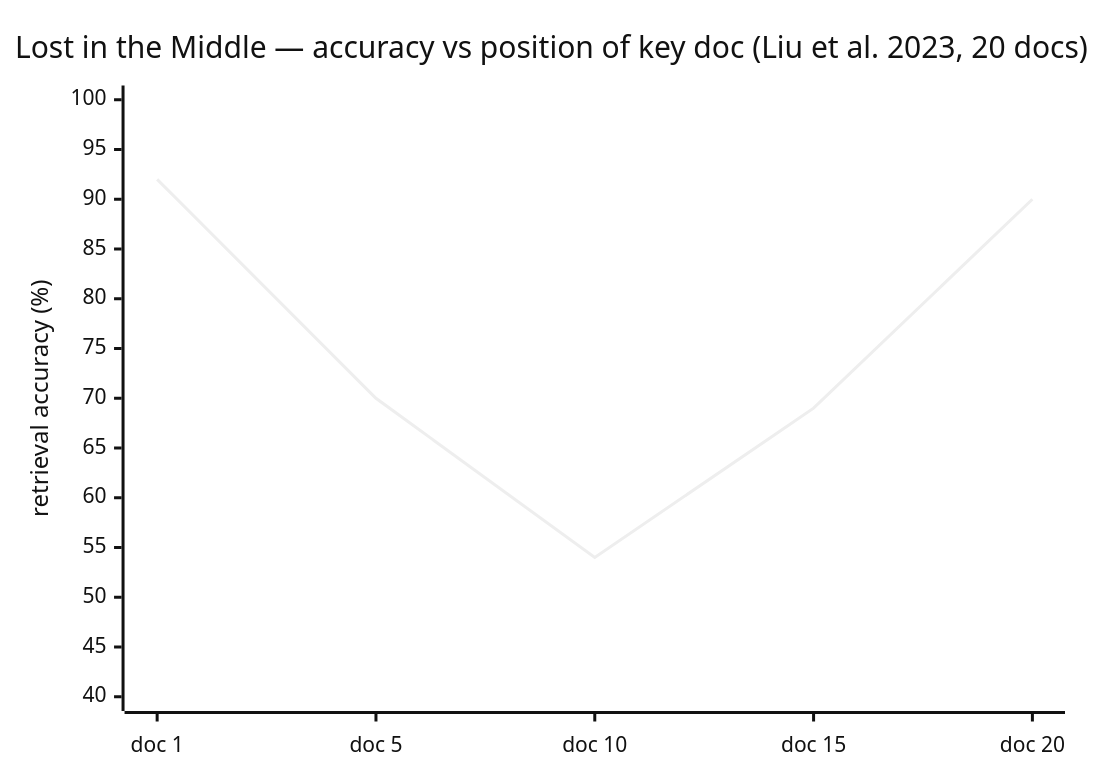
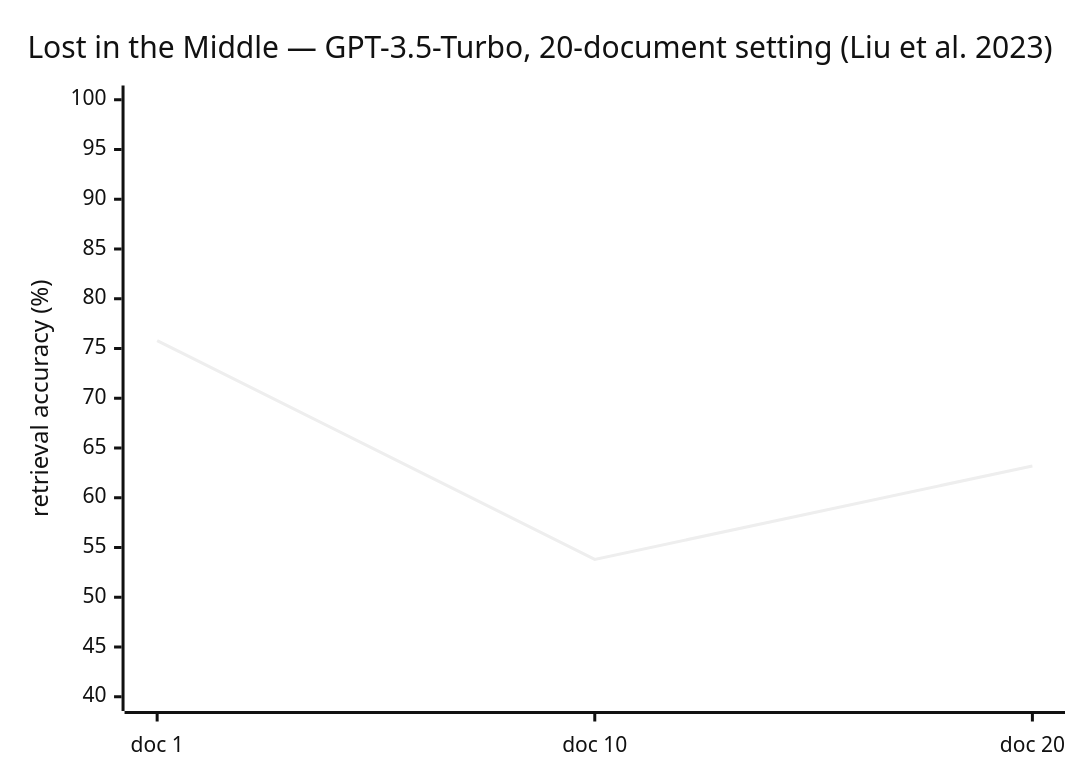
Before and after one commit to rppol/system-design: the first of 2 diagrams in src/main/java/com/rutik/systemdesign/llm/context_engineering/README.md, drawn with Mermaid (neutral theme). The commit also changed other lines of this file and 113 other files, not shown here.

````diff
--- a/src/main/java/com/rutik/systemdesign/llm/context_engineering/README.md
+++ b/src/main/java/com/rutik/systemdesign/llm/context_engineering/README.md
@@ -262,7 +265,7 @@
 ```mermaid
 xychart-beta
-    title "Lost in the Middle — accuracy vs position of key doc (Liu et al. 2023, 20 docs)"
-    x-axis ["doc 1", "doc 5", "doc 10", "doc 15", "doc 20"]
+    title "Lost in the Middle — GPT-3.5-Turbo, 20-document setting (Liu et al. 2023)"
+    x-axis ["doc 1", "doc 10", "doc 20"]
     y-axis "retrieval accuracy (%)" 40 --> 100
-    line [92, 70, 54, 69, 90]
+    line [75.8, 53.8, 63.2]
 ```
````
